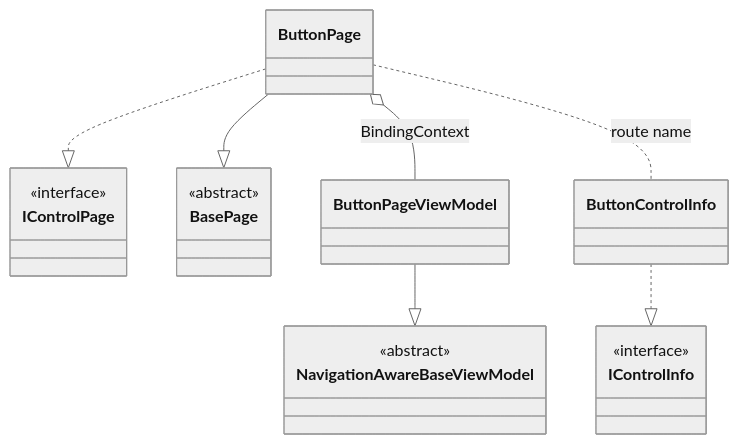
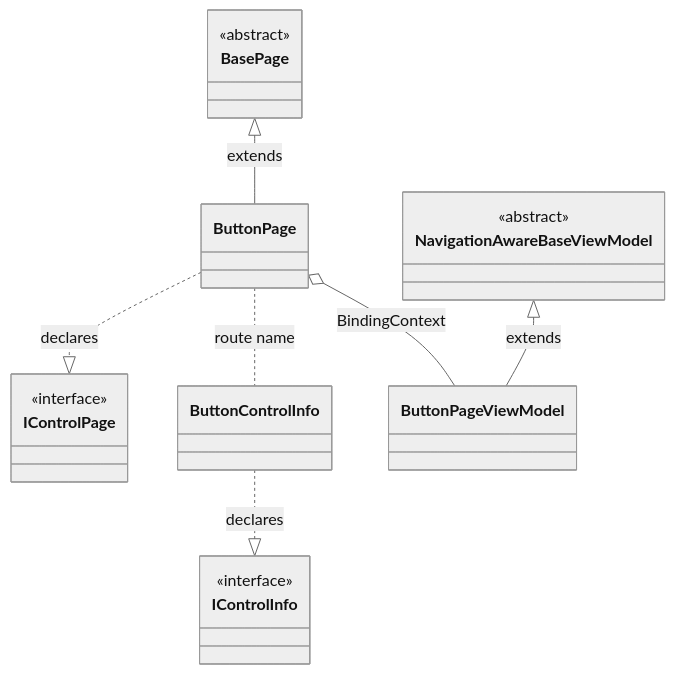
One commit to Strypper/mauisland changed the diagram in README.md. Above: the diagram before and after it, drawn with Mermaid (neutral theme). The commit also changed 1 other file, not shown here.

Commit message:
- update readme - allow to open new window regardless of platform

````diff
--- a/README.md
+++ b/README.md
@@ -36,21 +36,21 @@
 ```mermaid
 classDiagram
-  ButtonPage ..|> IControlPage
-  ButtonPage --|> BasePage
-  ButtonControlInfo ..|> IControlInfo
-  ButtonPageViewModel --|> NavigationAwareBaseViewModel
+  ButtonPage ..|> IControlPage: declares
+  BasePage <|-- ButtonPage: extends
+  ButtonControlInfo ..|> IControlInfo: declares
+  NavigationAwareBaseViewModel <|-- ButtonPageViewModel: extends
   ButtonPage o-- ButtonPageViewModel: BindingContext
   ButtonPage .. ButtonControlInfo: route name
 
   class IControlInfo
   <<interface>> IControlInfo
   class IControlPage
   <<interface>> IControlPage
   class NavigationAwareBaseViewModel
   <<abstract>> NavigationAwareBaseViewModel
   class BasePage
   <<abstract>> BasePage
   class ButtonPage
   class ButtonControlInfo
   class ButtonPageViewModel
 ```
````
